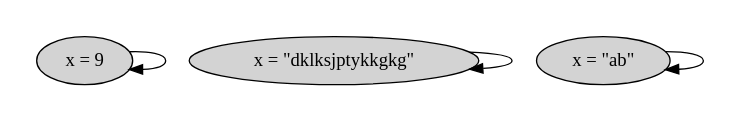
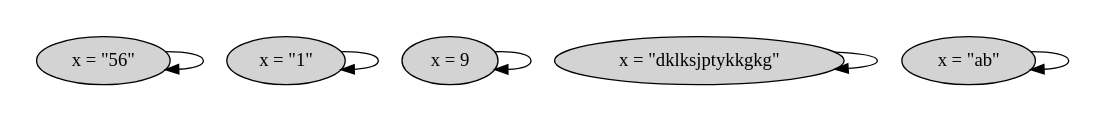
Before and after one commit to will62794/tla-web: the diagram in specs/with_state_graphs/simple_strings.tla.dot, drawn with Graphviz. The commit also changed 3 other files, not shown here.

```diff
--- a/specs/with_state_graphs/simple_strings.tla.dot
+++ b/specs/with_state_graphs/simple_strings.tla.dot
@@ -1,13 +1,17 @@
 strict digraph DiskGraph {
 nodesep=0.35;
 subgraph cluster_graph {
 color="white";
 -4665722298727605580 [label="x = \"ab\"",style = filled]
 2400826549223885462 [label="x = \"dklksjptykkgkg\"",style = filled]
 740240026893633665 [label="x = 9",style = filled]
+8201104834185781370 [label="x = \"1\"",style = filled]
+-4255171311609684408 [label="x = \"56\"",style = filled]
 -4665722298727605580 -> -4665722298727605580 [label="",color="black",fontcolor="black"];
 2400826549223885462 -> 2400826549223885462 [label="",color="black",fontcolor="black"];
 740240026893633665 -> 740240026893633665 [label="",color="black",fontcolor="black"];
-{rank = same; 2400826549223885462;740240026893633665;-4665722298727605580;}
+8201104834185781370 -> 8201104834185781370 [label="",color="black",fontcolor="black"];
+-4255171311609684408 -> -4255171311609684408 [label="",color="black",fontcolor="black"];
+{rank = same; 2400826549223885462;740240026893633665;-4255171311609684408;-4665722298727605580;8201104834185781370;}
 }
 }
```
